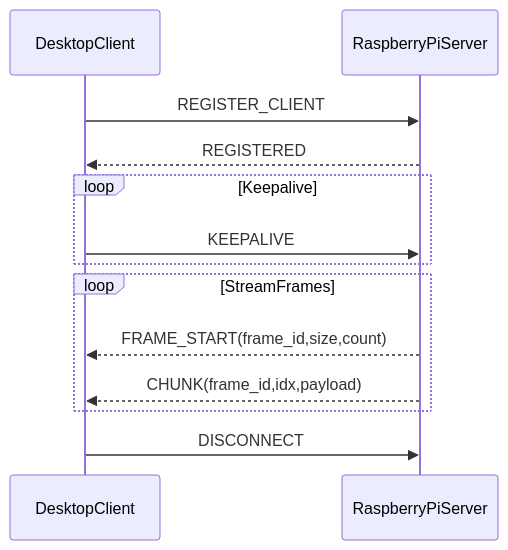
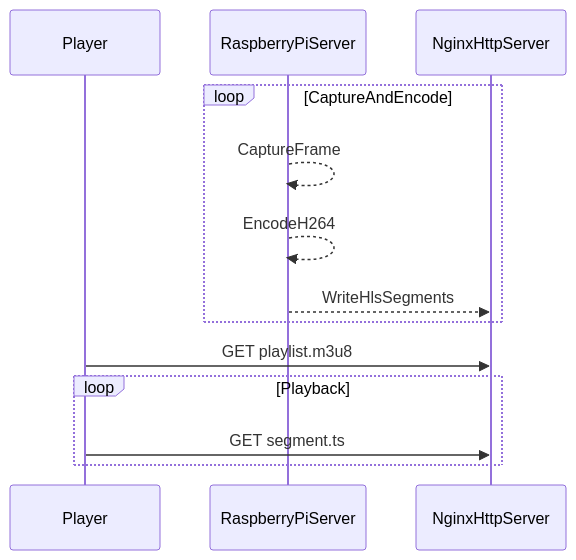
Before and after one commit to Pentagram-Sofware/udp-video-receiver: the second of 2 diagrams in docs/architecture/ARC42.md, drawn with Mermaid. The commit also changed other lines of this file and 3 other files, not shown here.

Commit message:
Architectural decisions about the streaming servers and order of development

````diff
--- a/docs/architecture/ARC42.md
+++ b/docs/architecture/ARC42.md
@@ -89,16 +87,16 @@
 ```mermaid
 sequenceDiagram
-    participant Client as DesktopClient
+    participant Client as Player
     participant Server as RaspberryPiServer
+    participant Nginx as NginxHttpServer
 
-    Client->>Server: REGISTER_CLIENT
-    Server-->>Client: REGISTERED
-    loop Keepalive
-        Client->>Server: KEEPALIVE
+    loop CaptureAndEncode
+        Server-->>Server: CaptureFrame
+        Server-->>Server: EncodeH264
+        Server-->>Nginx: WriteHlsSegments
     end
-    loop StreamFrames
-        Server-->>Client: FRAME_START(frame_id,size,count)
-        Server-->>Client: CHUNK(frame_id,idx,payload)
+    Client->>Nginx: GET playlist.m3u8
+    loop Playback
+        Client->>Nginx: GET segment.ts
     end
-    Client->>Server: DISCONNECT
 ```
````
